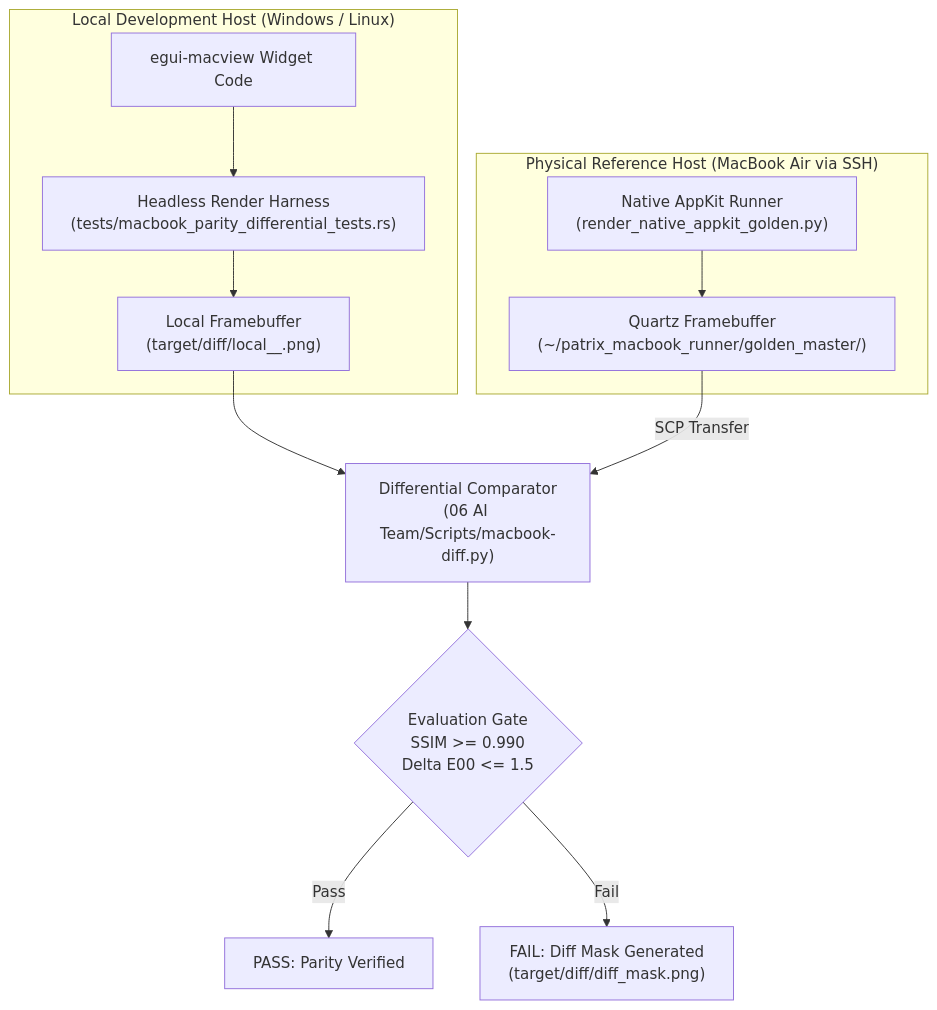
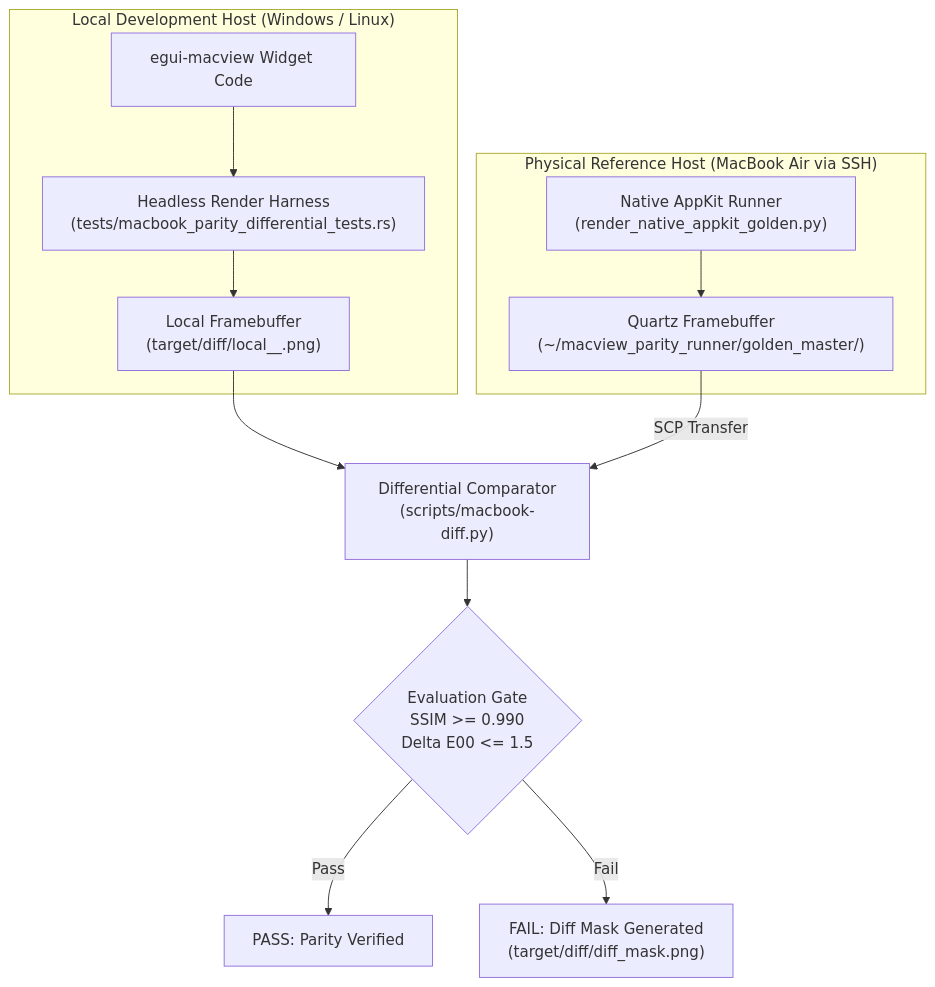
Before and after one commit to oversluizen/egui-macview: the diagram in specs/SPEC-009-CROSS-PLATFORM-DIFFERENTIAL-HARNESS.md, drawn with Mermaid. The commit also changed other lines of this file and 56 other files, not shown here.

Commit message:
feat(v0.6.0): complete SPEC-012 AppKit/AVKit parity, MacRuleEditor, and O(1) battery efficiency

````diff
--- a/specs/SPEC-009-CROSS-PLATFORM-DIFFERENTIAL-HARNESS.md
+++ b/specs/SPEC-009-CROSS-PLATFORM-DIFFERENTIAL-HARNESS.md
@@ -36,18 +36,18 @@
 ```mermaid
 flowchart TD
     subgraph LocalHost["Local Development Host (Windows / Linux)"]
         A["egui-macview Widget Code"] --> B["Headless Render Harness\n(tests/macbook_parity_differential_tests.rs)"]
         B --> C["Local Framebuffer\n(target/diff/local_<component>_<appearance>.png)"]
     end
 
     subgraph RemoteHost["Physical Reference Host (MacBook Air via SSH)"]
-        D["Native AppKit Runner\n(render_native_appkit_golden.py)"] --> E["Quartz Framebuffer\n(~/patrix_macbook_runner/golden_master/)"]
+        D["Native AppKit Runner\n(render_native_appkit_golden.py)"] --> E["Quartz Framebuffer\n(~/macview_parity_runner/golden_master/)"]
     end
 
-    C --> F["Differential Comparator\n(06 AI Team/Scripts/macbook-diff.py)"]
+    C --> F["Differential Comparator\n(scripts/macbook-diff.py)"]
     E -->|SCP Transfer| F
 
     F --> G{"Evaluation Gate\nSSIM >= 0.990\nDelta E00 <= 1.5"}
     G -- Pass --> H["PASS: Parity Verified"]
     G -- Fail --> I["FAIL: Diff Mask Generated\n(target/diff/diff_mask.png)"]
 ```
````
